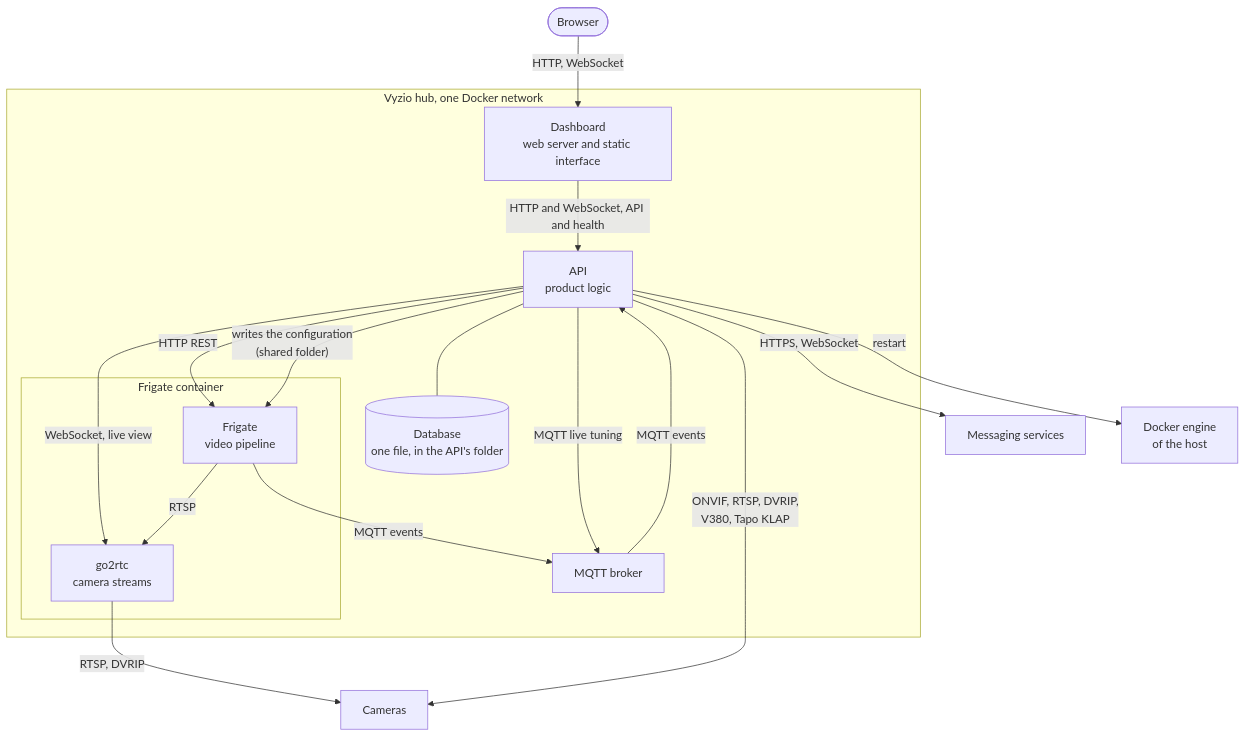
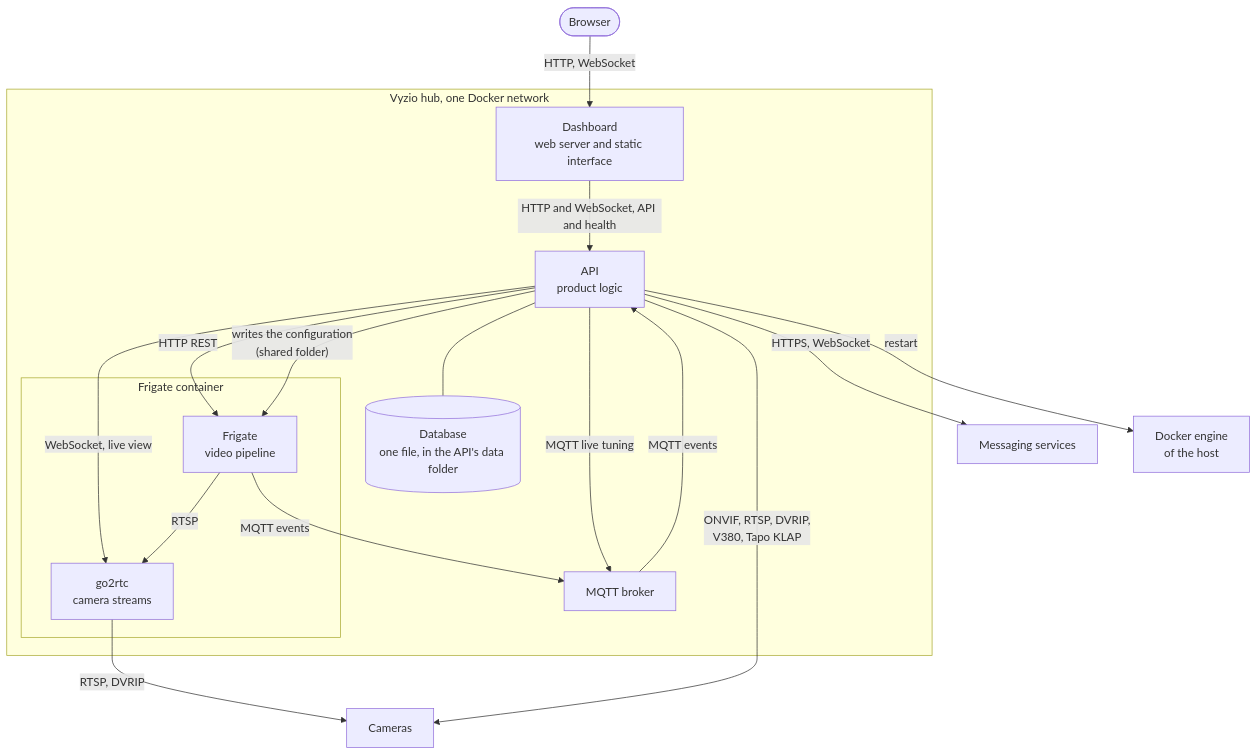
The second of 6 diagrams in docs/SAD.md (KelianS/vyzio), drawn with Mermaid before and after one commit. The commit also changed other lines of this file and 2 other files, not shown here.

````diff
--- a/docs/SAD.md
+++ b/docs/SAD.md
@@ -54,32 +54,32 @@
 ```mermaid
 flowchart TB
     browser(["Browser"])
     subgraph hub["Vyzio hub, one Docker network"]
         dash["Dashboard<br/>web server and static interface"]
         api["API<br/>product logic"]
-        db[("Database<br/>one file, in the API's folder")]
+        db[("Database<br/>one file, in the API's data folder")]
         mqtt["MQTT broker"]
         subgraph frig["Frigate container"]
             frigate["Frigate<br/>video pipeline"]
             go2rtc["go2rtc<br/>camera streams"]
         end
     end
     cams["Cameras"]
     chan["Messaging services"]
     docker["Docker engine<br/>of the host"]
 
     browser -- "HTTP, WebSocket" --> dash
     dash -- "HTTP and WebSocket, API and health" --> api
     api --- db
     api -- "HTTP REST" --> frigate
     api -- "WebSocket, live view" --> go2rtc
     frigate -- "MQTT events" --> mqtt
     mqtt -- "MQTT events" --> api
     api -- "MQTT live tuning" --> mqtt
     api -- "writes the configuration<br/>(shared folder)" --> frigate
     api -- "restart" --> docker
     frigate -- RTSP --> go2rtc
     go2rtc -- "RTSP, DVRIP" --> cams
     api -- "ONVIF, RTSP, DVRIP,<br/>V380, Tapo KLAP" --> cams
     api -- "HTTPS, WebSocket" --> chan
 ```
````
